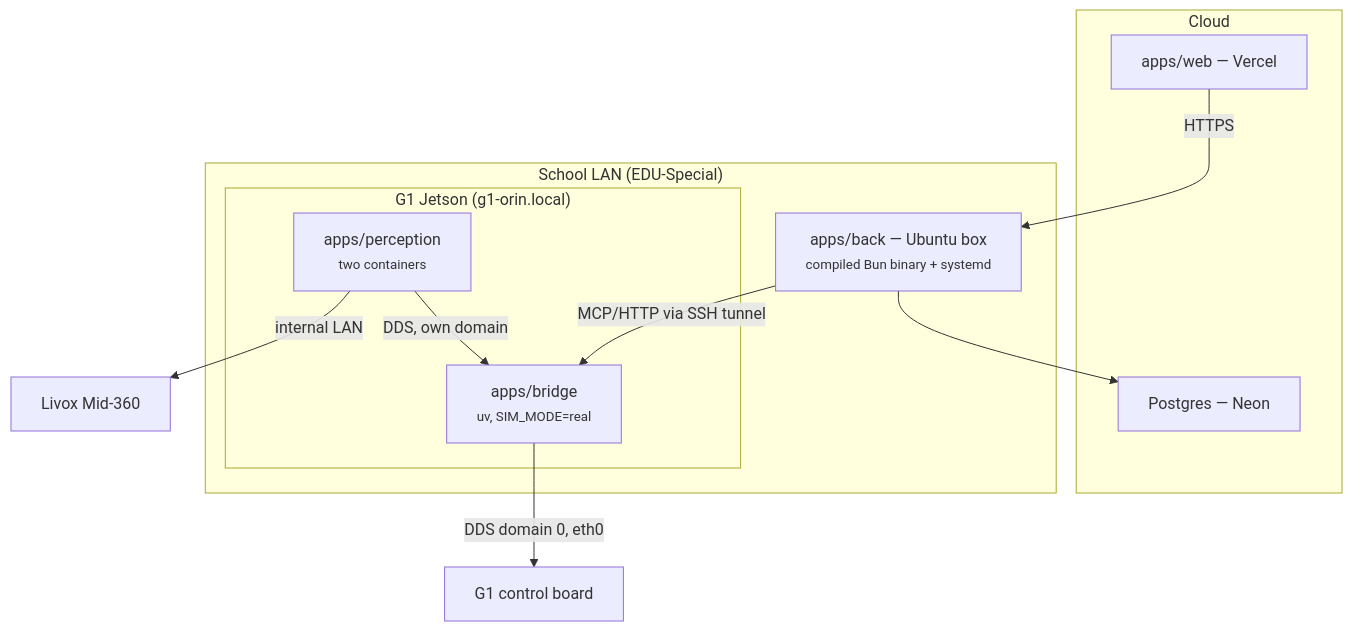
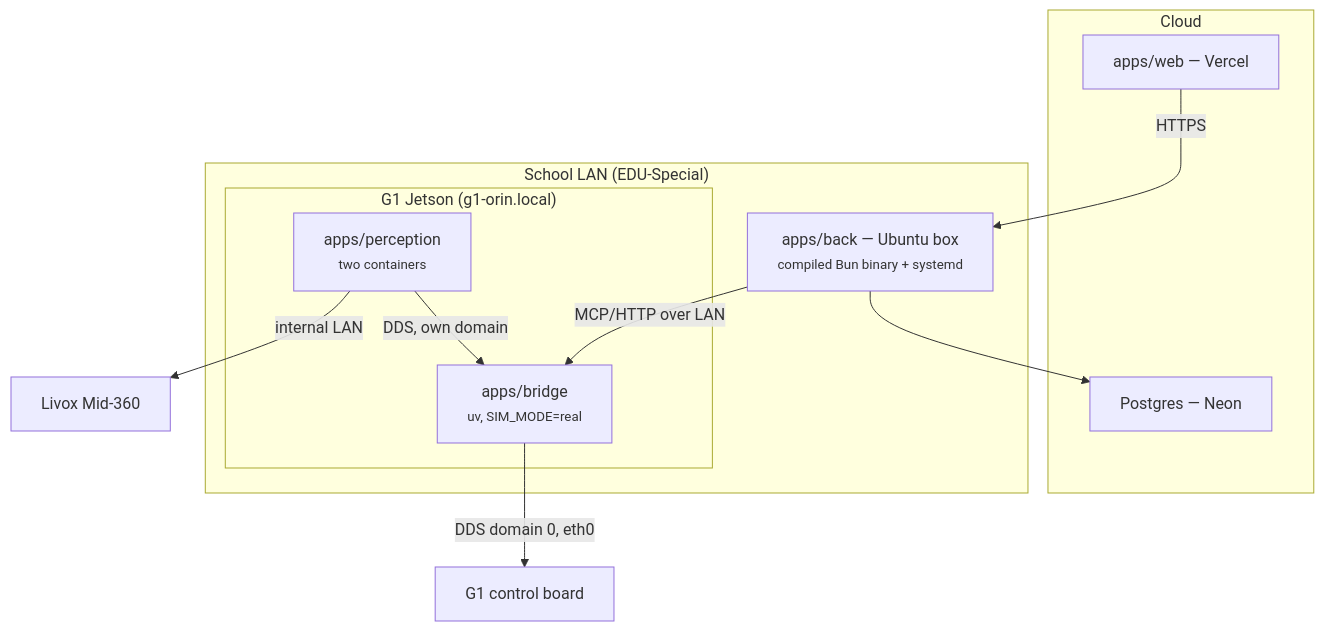
One commit to mercho40/C3PO changed the diagram in docs/OPERATIONS.md. Above: the diagram before and after it, drawn with Mermaid. The commit also changed other lines of this file and 52 other files, not shown here.

````diff
--- a/docs/OPERATIONS.md
+++ b/docs/OPERATIONS.md
@@ -13,25 +13,25 @@
 ```mermaid
 flowchart TB
   subgraph CLOUD["Cloud"]
     VERCEL["apps/web — Vercel"]
     NEON["Postgres — Neon"]
   end
 
   subgraph LAN["School LAN (EDU-Special)"]
     UBUNTU["apps/back — Ubuntu box<br/><small>compiled Bun binary + systemd</small>"]
     subgraph JETSON["G1 Jetson (g1-orin.local)"]
       BRIDGE["apps/bridge<br/><small>uv, SIM_MODE=real</small>"]
       PERCEPTION["apps/perception<br/><small>two containers</small>"]
     end
   end
 
   CTRL["G1 control board"]
   LIDAR["Livox Mid-360"]
 
   VERCEL -->|HTTPS| UBUNTU
-  UBUNTU -->|"MCP/HTTP via SSH tunnel"| BRIDGE
+  UBUNTU -->|"MCP/HTTP over LAN"| BRIDGE
   UBUNTU --> NEON
   PERCEPTION -->|"DDS, own domain"| BRIDGE
   BRIDGE -->|"DDS domain 0, eth0"| CTRL
   PERCEPTION -->|"internal LAN"| LIDAR
 ```
````
